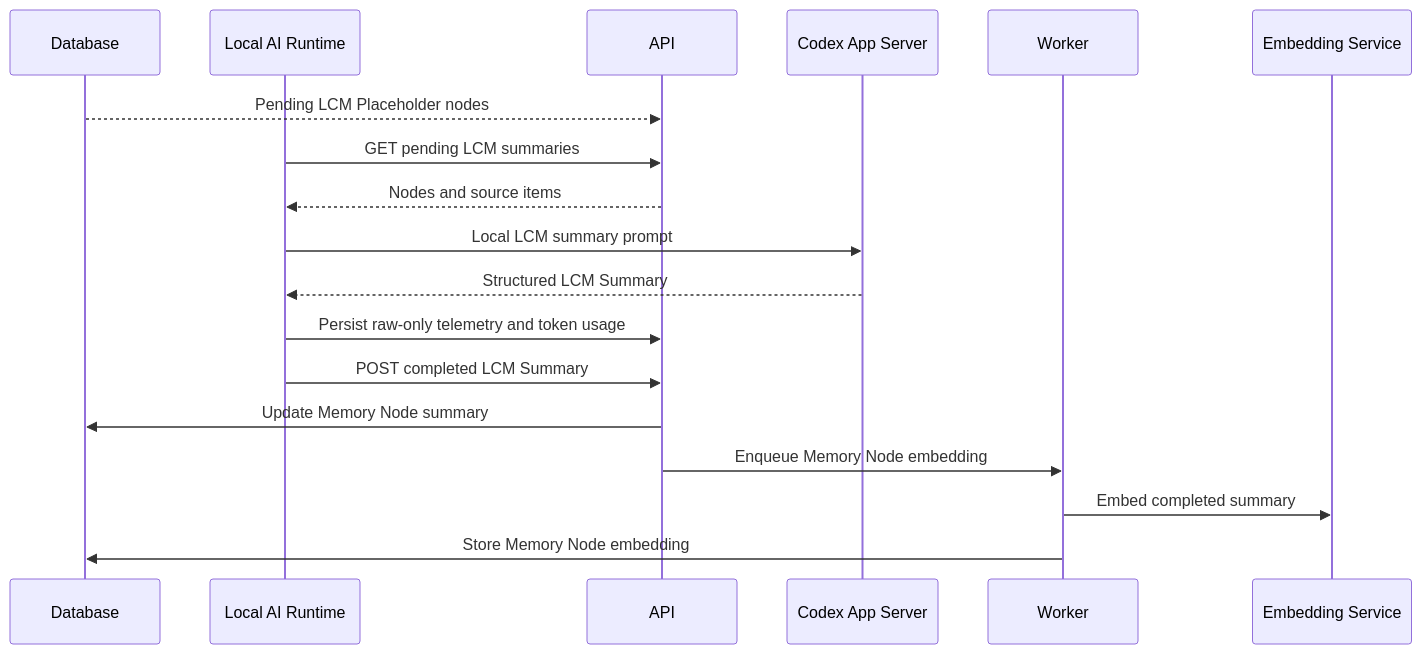
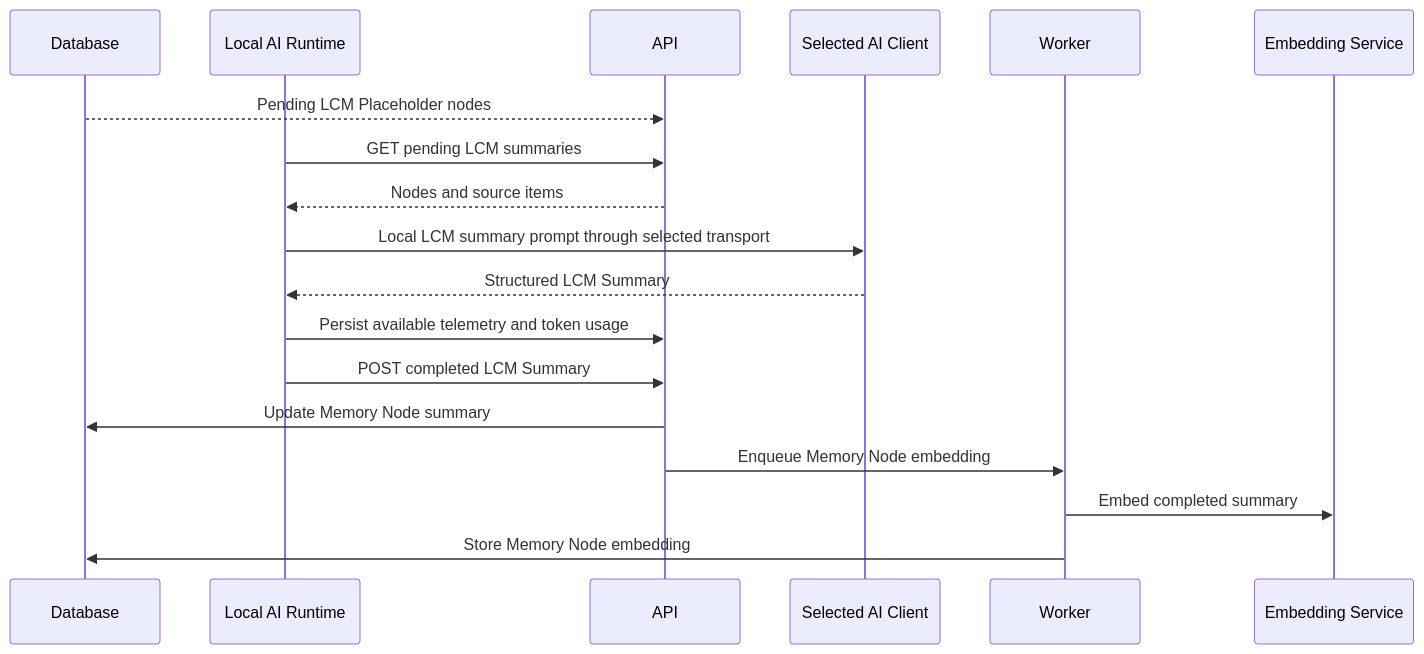
The fourth of 5 diagrams in docs/service-sequence-overview.md (johncarmack1984/koed), drawn with Mermaid before and after one commit. The commit also changed other lines of this file and 149 other files, not shown here.

Commit message:
feat: supported AI Client parity (Codex, Claude Code, Pi) (#350)

````diff
--- a/docs/service-sequence-overview.md
+++ b/docs/service-sequence-overview.md
@@ -996,21 +1055,21 @@
 ```mermaid
 sequenceDiagram
   participant DB as Database
   participant Runtime as Local AI Runtime
   participant API as API
-  participant Codex as Codex App Server
+  participant Client as Selected AI Client
   participant Worker as Worker
   participant Embed as Embedding Service
 
   DB-->>API: Pending LCM Placeholder nodes
   Runtime->>API: GET pending LCM summaries
   API-->>Runtime: Nodes and source items
-  Runtime->>Codex: Local LCM summary prompt
-  Codex-->>Runtime: Structured LCM Summary
-  Runtime->>API: Persist raw-only telemetry and token usage
+  Runtime->>Client: Local LCM summary prompt through selected transport
+  Client-->>Runtime: Structured LCM Summary
+  Runtime->>API: Persist available telemetry and token usage
   Runtime->>API: POST completed LCM Summary
   API->>DB: Update Memory Node summary
   API->>Worker: Enqueue Memory Node embedding
   Worker->>Embed: Embed completed summary
   Worker->>DB: Store Memory Node embedding
 ```
````
